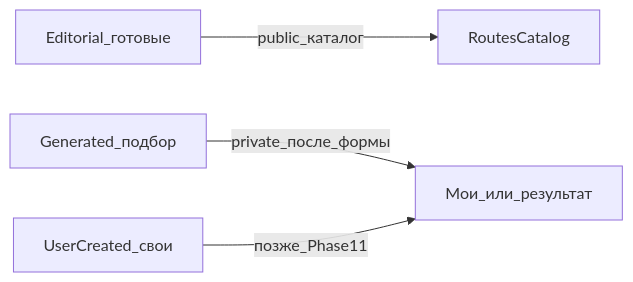
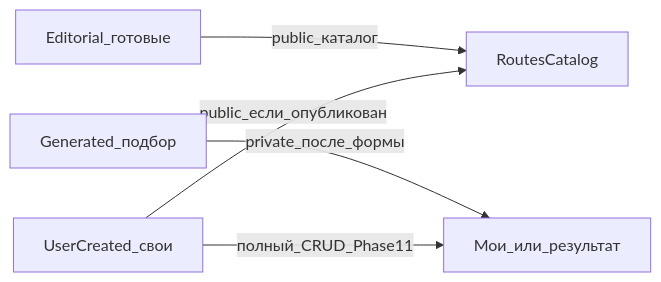
One commit to xotabeach/tourism-platform changed the sixth of 6 diagrams in docs/diagrams/phase-and-screens-map.md. Above: the diagram before and after it, drawn with Mermaid. The commit also changed other lines of this file and 4 other files, not shown here.

First line of the commit message:
docs: sync progress, Phase 6.5 ADR, and screen-phase diagrams

````diff
--- a/docs/diagrams/phase-and-screens-map.md
+++ b/docs/diagrams/phase-and-screens-map.md
@@ -177,10 +220,11 @@
 ```mermaid
 flowchart LR
   editorial[Editorial_готовые]
   generated[Generated_подбор]
   user[UserCreated_свои]
 
   editorial -->|public_каталог| catalog[RoutesCatalog]
+  user -->|public_если_опубликован| catalog
   generated -->|private_после_формы| my[Мои_или_результат]
-  user -->|позже_Phase11| my
+  user -->|полный_CRUD_Phase11| my
 ```
````
